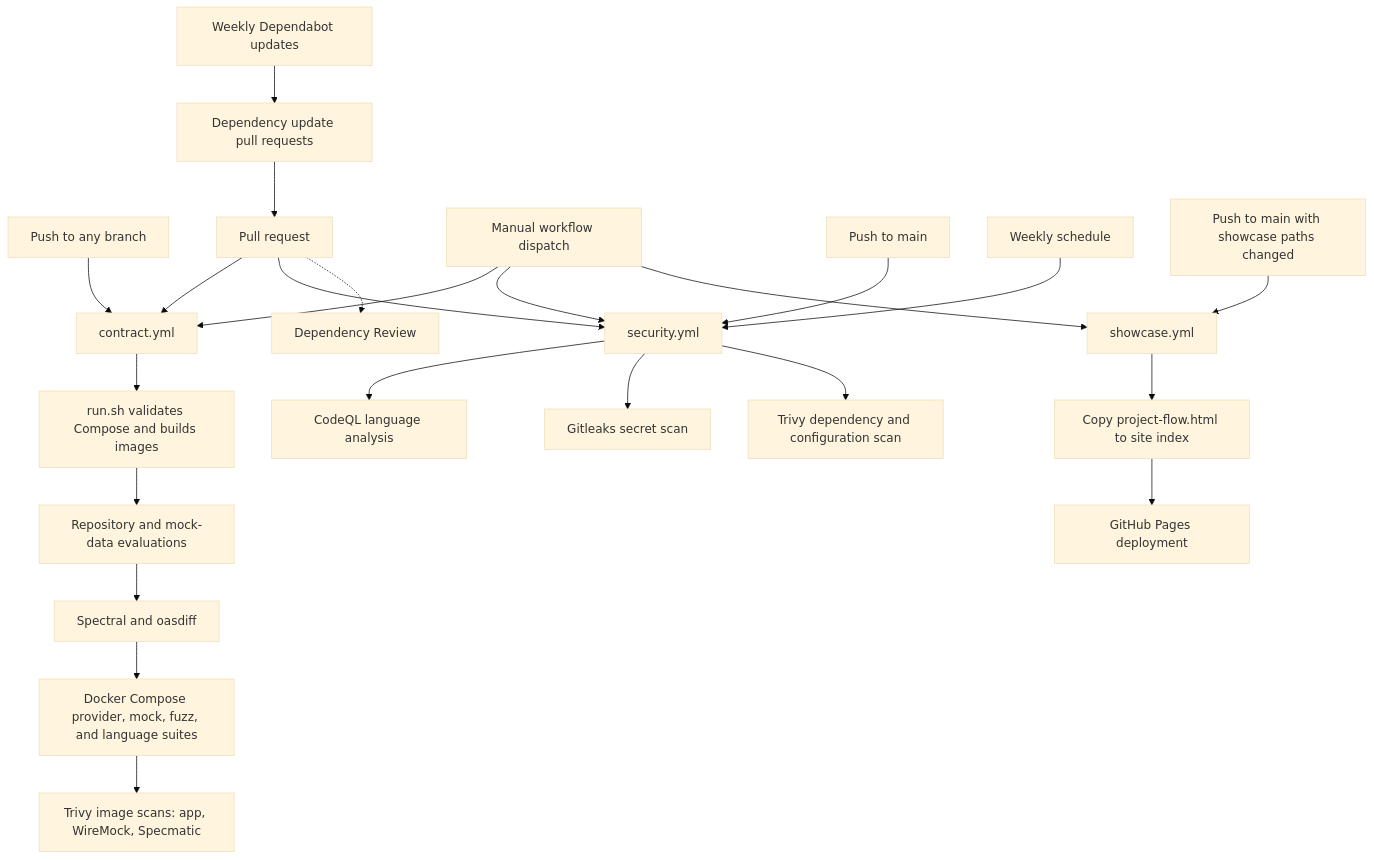
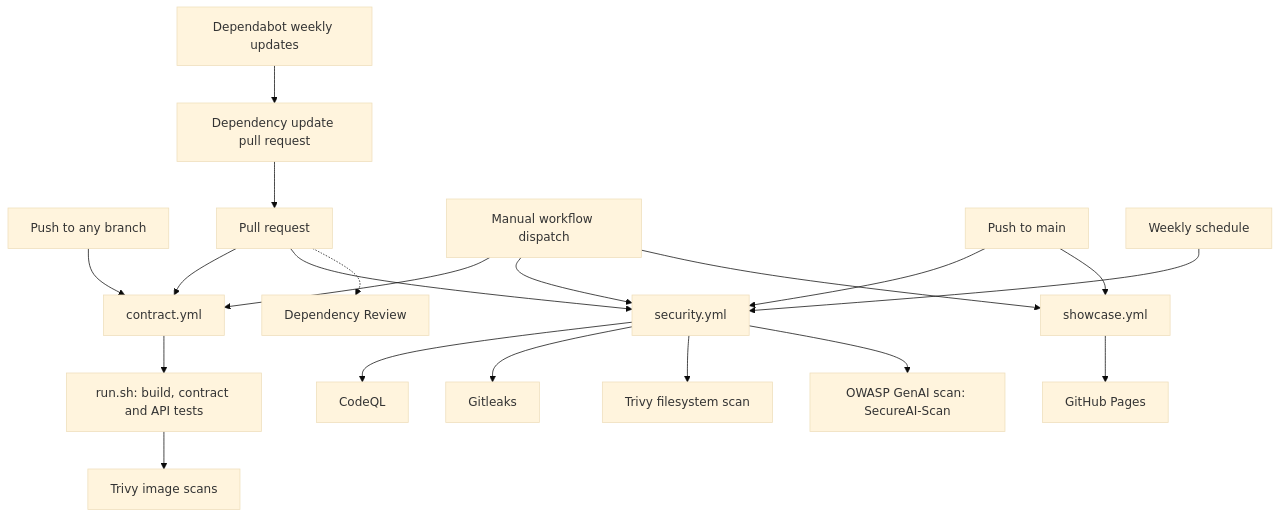
The diagram in README.md (shoman2020/oas-polycontract), drawn with Mermaid (base theme) before and after one commit. The commit also changed other lines of this file and 9 other files, not shown here.

Commit message:
Add OWASP GenAI scan and clarify project docs

````diff
--- a/README.md
+++ b/README.md
@@ -64,28 +86,24 @@
 ```mermaid
 flowchart TB
   AnyPush[Push to any branch] --> Contract[contract.yml]
   PullRequest[Pull request] --> Contract
   Manual[Manual workflow dispatch] --> Contract
-  Contract --> Runner[run.sh validates Compose and builds images]
-  Runner --> RepoEvals[Repository and mock-data evaluations]
-  RepoEvals --> Gates[Spectral and oasdiff]
-  Gates --> Compose[Docker Compose provider, mock, fuzz, and language suites]
-  Compose --> ImageScan[Trivy image scans: app, WireMock, Specmatic]
+  Contract --> Runner[run.sh: build, contract and API tests]
+  Runner --> ImageScans[Trivy image scans]
 
   MainPush[Push to main] --> Security[security.yml]
   PullRequest --> Security
   Weekly[Weekly schedule] --> Security
   Manual --> Security
-  Security --> CodeQL[CodeQL language analysis]
-  Security --> Gitleaks[Gitleaks secret scan]
-  Security --> FSScan[Trivy dependency and configuration scan]
-  PullRequest -.-> DependencyReview[Dependency Review]
+  Security --> CodeQL[CodeQL]
+  Security --> Secrets[Gitleaks]
+  Security --> FileScan[Trivy filesystem scan]
+  Security --> AIScan[OWASP GenAI scan: SecureAI-Scan]
+  PullRequest -.-> Review[Dependency Review]
 
-  ShowcasePush[Push to main with showcase paths changed] --> Showcase[showcase.yml]
+  MainPush --> Showcase[showcase.yml]
   Manual --> Showcase
-  Showcase --> BuildSite[Copy project-flow.html to site index]
-  BuildSite --> Pages[GitHub Pages deployment]
-
-  Dependabot[Weekly Dependabot updates] --> UpdatePR[Dependency update pull requests]
+  Showcase --> Pages[GitHub Pages]
+  Dependabot[Dependabot weekly updates] --> UpdatePR[Dependency update pull request]
   UpdatePR --> PullRequest
 ```
````
